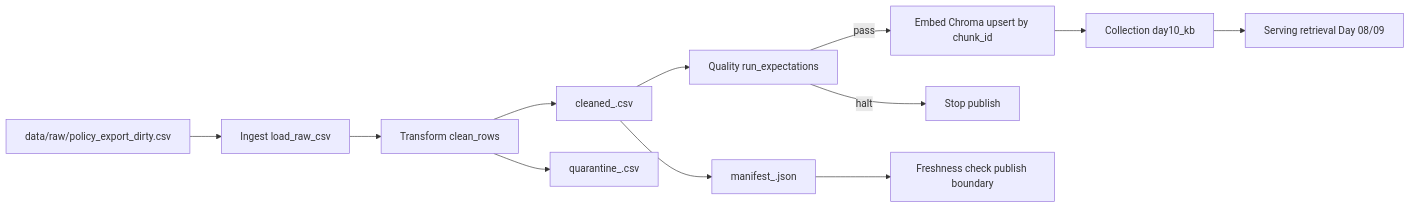
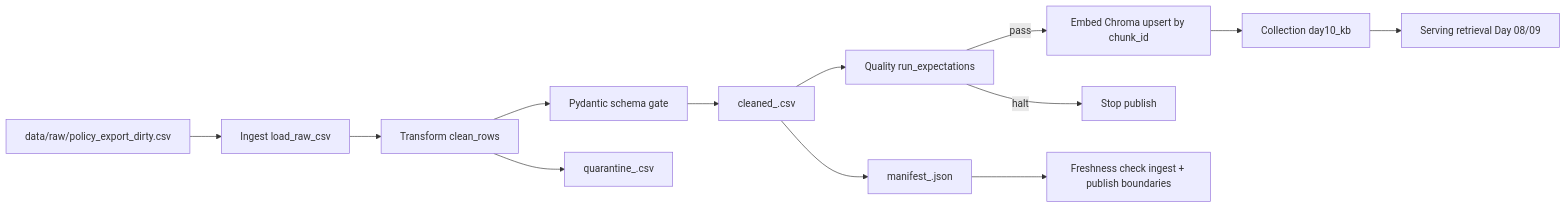
Before and after one commit to mineralsss/Z11_Day10: the diagram in day10/lab/docs/pipeline_architecture.md, drawn with Mermaid. The commit also changed other lines of this file and 4 other files, not shown here.

Commit message:
feat: Update data contract, pipeline architecture, and quality report with enhanced freshness checks and schema validation

````diff
--- a/day10/lab/docs/pipeline_architecture.md
+++ b/day10/lab/docs/pipeline_architecture.md
@@ -10,14 +10,15 @@
 ```mermaid
 flowchart LR
 		A[data/raw/policy_export_dirty.csv] --> B[Ingest load_raw_csv]
 		B --> C[Transform clean_rows]
-		C --> D[cleaned_<run_id>.csv]
+		C --> P[Pydantic schema gate]
+		P --> D[cleaned_<run_id>.csv]
 		C --> E[quarantine_<run_id>.csv]
 		D --> F[Quality run_expectations]
 		F -->|pass| G[Embed Chroma upsert by chunk_id]
 		F -->|halt| H[Stop publish]
 		G --> I[Collection day10_kb]
 		I --> J[Serving retrieval Day 08/09]
 		D --> K[manifest_<run_id>.json]
-		K --> L[Freshness check publish boundary]
+		K --> L[Freshness check ingest + publish boundaries]
 ```
````
